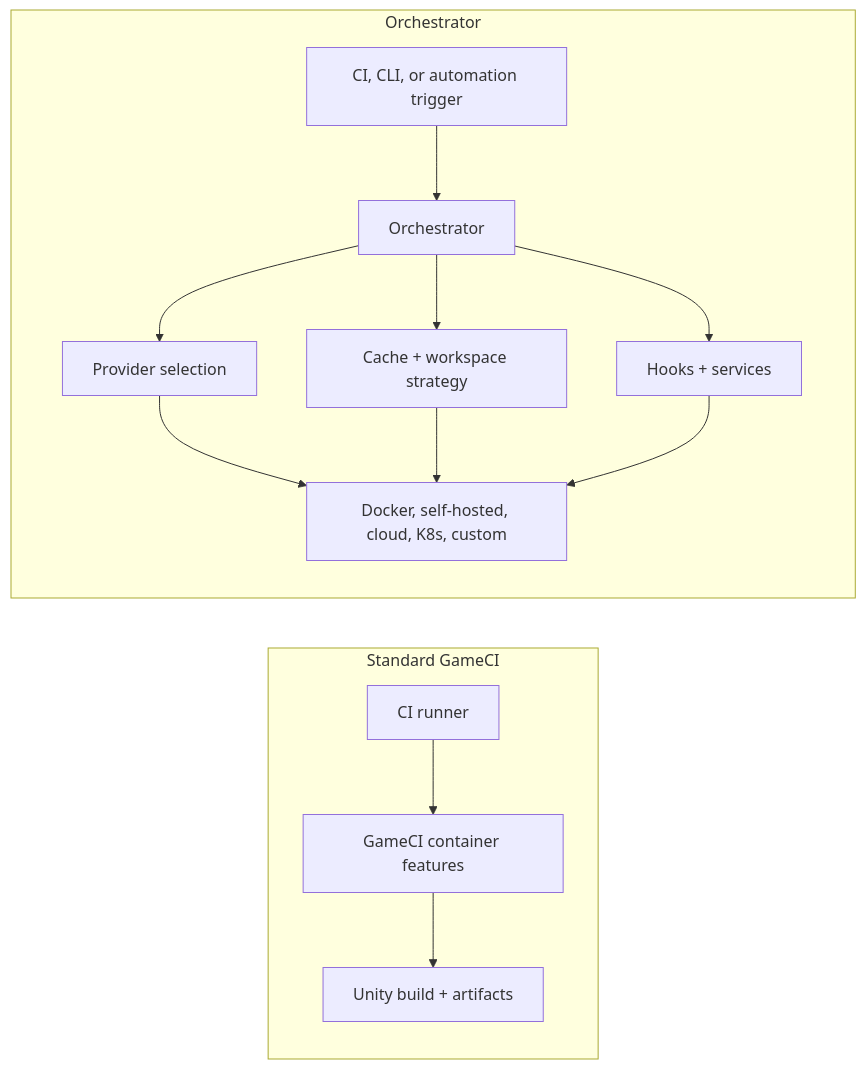
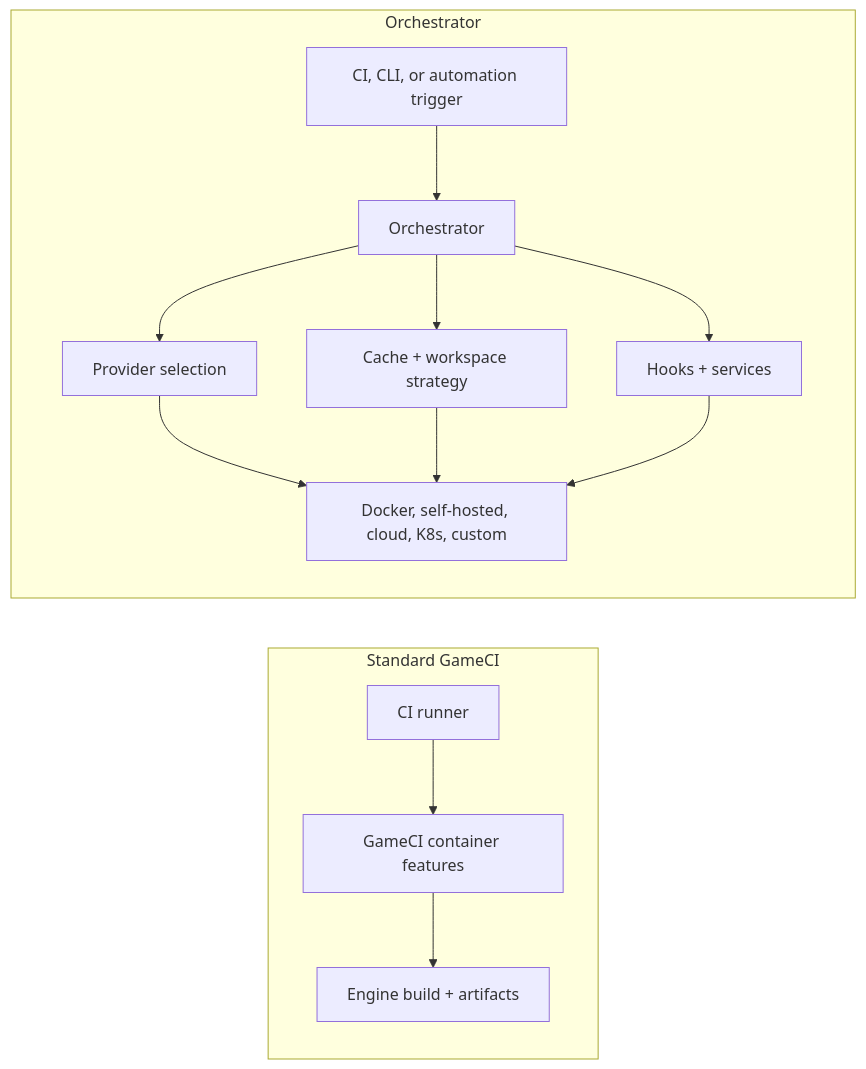
The diagram in docs/03-github-orchestrator/01-introduction-to-orchestrator/01-introduction.mdx (game-ci/documentation), drawn with Mermaid before and after one commit. The commit also changed other lines of this file and 26 other files, not shown here.

````diff
--- a/docs/03-github-orchestrator/01-introduction-to-orchestrator/01-introduction.mdx
+++ b/docs/03-github-orchestrator/01-introduction-to-orchestrator/01-introduction.mdx
@@ -16,17 +19,17 @@
 ```mermaid
 flowchart LR
   subgraph standard["Standard GameCI"]
     A["CI runner"] --> B["GameCI container features"]
-    B --> C["Unity build + artifacts"]
+    B --> C["Engine build + artifacts"]
   end
 
   subgraph orchestrated["Orchestrator"]
     D["CI, CLI, or automation trigger"] --> E["Orchestrator"]
     E --> F["Provider selection"]
     E --> G["Cache + workspace strategy"]
     E --> H["Hooks + services"]
     F --> I["Docker, self-hosted, cloud, K8s, custom"]
     G --> I
     H --> I
   end
 ```
````
